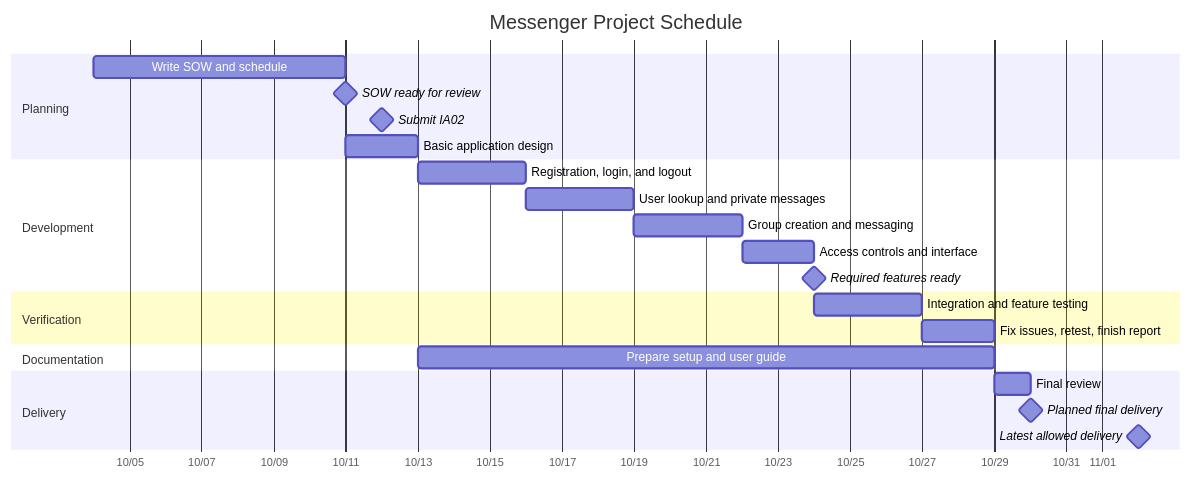
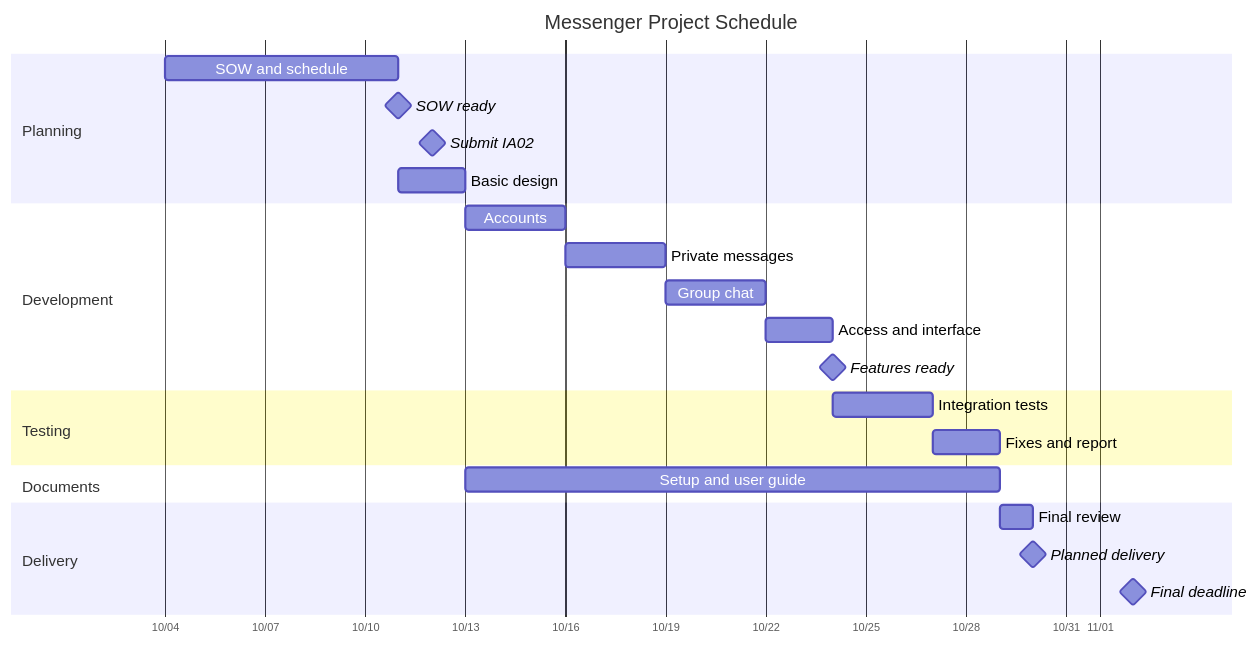
Before and after one commit to SHIMADAFINANCIERUD/CPS490_messenger: the diagram in docs/statement-of-work.md, drawn with Mermaid. The commit also changed other lines of this file, not shown here.

First line of the commit message:
Finish statement-of-work.md

````diff
--- a/docs/statement-of-work.md
+++ b/docs/statement-of-work.md
@@ -169,31 +169,34 @@
 ```mermaid
+%%{init: {"gantt": {"useMaxWidth": false, "useWidth": 1200, "leftPadding": 140, "rightPadding": 180, "barHeight": 22, "barGap": 12, "fontSize": 14, "sectionFontSize": 14}}}%%
 gantt
     title Messenger Project Schedule
     dateFormat YYYY-MM-DD
     axisFormat %m/%d
+    tickInterval 3day
+    todayMarker off
 
     section Planning
-    Write SOW and schedule           :sow, 2026-10-04, 7d
-    SOW ready for review             :milestone, sow_ready, 2026-10-11, 0d
-    Submit IA02                      :milestone, ia02, 2026-10-12, 0d
-    Basic application design         :design, after sow, 2d
+    SOW and schedule    :sow, 2026-10-04, 7d
+    SOW ready           :milestone, sow_ready, 2026-10-11, 0d
+    Submit IA02         :milestone, ia02, 2026-10-12, 0d
+    Basic design        :design, after sow, 2d
 
     section Development
-    Registration, login, and logout  :accounts, after design, 3d
-    User lookup and private messages :private_chat, after accounts, 3d
-    Group creation and messaging     :groups, after private_chat, 3d
-    Access controls and interface    :access, after groups, 2d
-    Required features ready          :milestone, features_ready, after access, 0d
+    Accounts            :accounts, after design, 3d
+    Private messages    :private_chat, after accounts, 3d
+    Group chat          :groups, after private_chat, 3d
+    Access and interface :access, after groups, 2d
+    Features ready      :milestone, features_ready, after access, 0d
 
-    section Verification
-    Integration and feature testing  :testing, after access, 3d
-    Fix issues, retest, finish report :fixes, after testing, 2d
+    section Testing
+    Integration tests   :testing, after access, 3d
+    Fixes and report    :fixes, after testing, 2d
 
-    section Documentation
-    Prepare setup and user guide     :guide, 2026-10-13, 16d
+    section Documents
+    Setup and user guide :guide, 2026-10-13, 16d
 
     section Delivery
-    Final review                     :review, after fixes guide, 1d
-    Planned final delivery           :milestone, delivery, after review, 0d
-    Latest allowed delivery          :milestone, deadline, 2026-11-02, 0d
+    Final review        :review, after fixes guide, 1d
+    Planned delivery    :milestone, delivery, after review, 0d
+    Final deadline      :milestone, deadline, 2026-11-02, 0d
 ```
````
